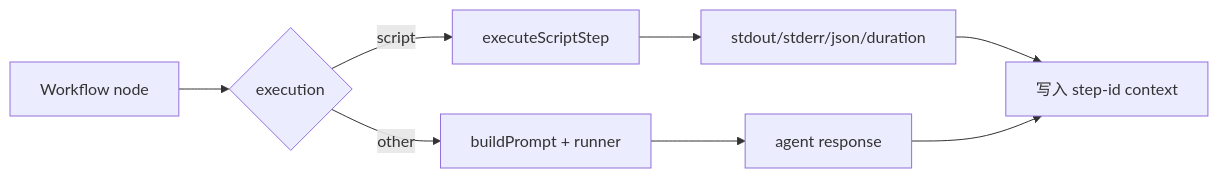
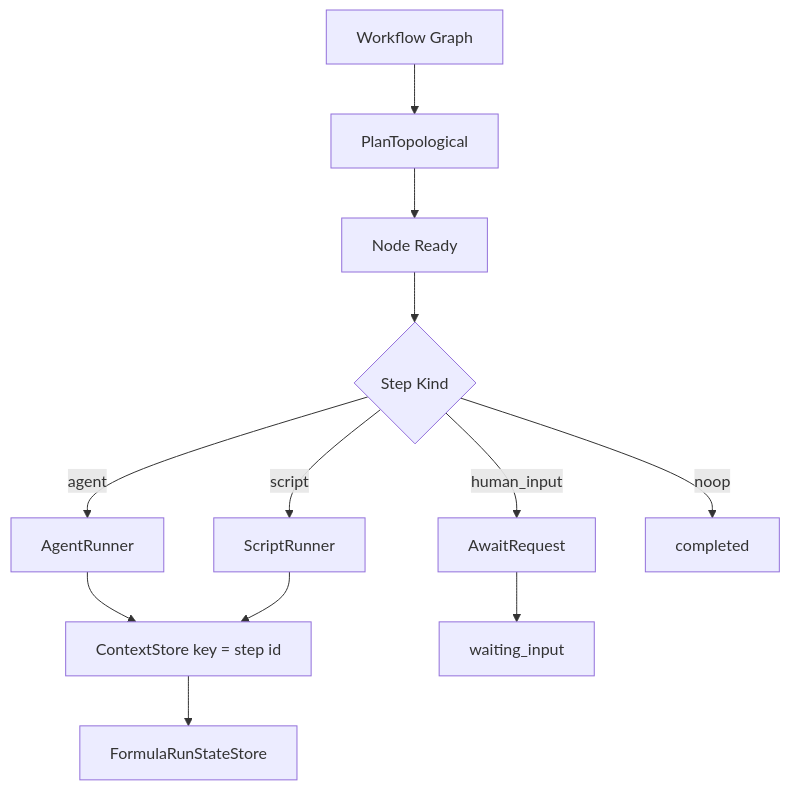
The third of 3 diagrams in ai-docs/formula-system.md (sjzsdu/tt), drawn with Mermaid before and after one commit. The commit also changed other lines of this file and 4 other files, not shown here.

Commit message:
docs(formula): update workflow architecture docs

````diff
--- a/ai-docs/formula-system.md
+++ b/ai-docs/formula-system.md
@@ -271,10 +151,14 @@
 ```mermaid
-flowchart LR
-    A[Workflow node] --> B{execution}
-    B -- script --> C[executeScriptStep]
-    B -- other --> D[buildPrompt + runner]
-    C --> E[stdout/stderr/json/duration]
-    D --> F[agent response]
-    E --> G[写入 step-id context]
-    F --> G
+flowchart TD
+    A[Workflow Graph] --> B[PlanTopological]
+    B --> C[Node Ready]
+    C --> D{Step Kind}
+    D -->|agent| E[AgentRunner]
+    D -->|script| F[ScriptRunner]
+    D -->|human_input| G[AwaitRequest]
+    D -->|noop| H[completed]
+    E --> I[ContextStore key = step id]
+    F --> I
+    G --> J[waiting_input]
+    I --> K[FormulaRunStateStore]
 ```
````
